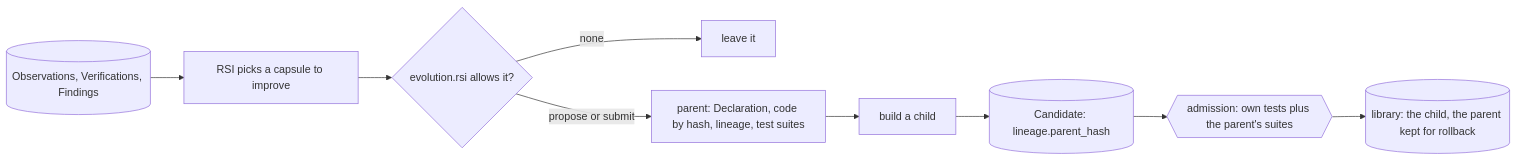
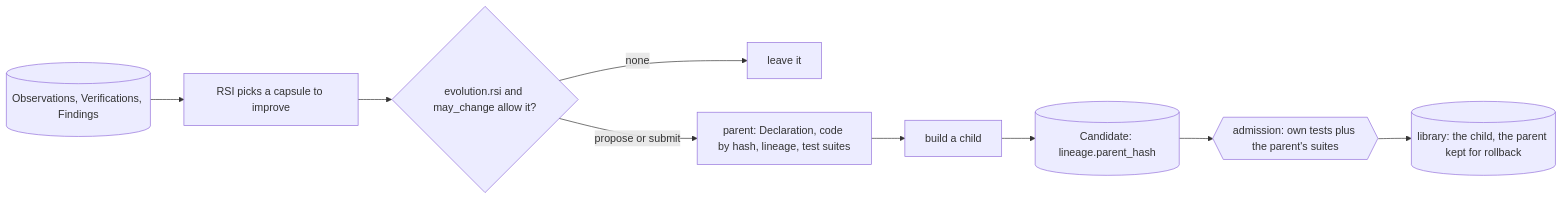
The first of 2 diagrams in docs/architecture/capsule/rsi.md (Stellven/jiuwenswarm), drawn with Mermaid before and after one commit. The commit also changed other lines of this file and 21 other files, not shown here.

First line of the commit message:
Add generalist and compile_intent examples, mark schema status explicitly

````diff
--- a/docs/architecture/capsule/rsi.md
+++ b/docs/architecture/capsule/rsi.md
@@ -27,12 +27,12 @@
 ```mermaid
 flowchart LR
     OBS[("Observations, Verifications, Findings")] --> PICK["RSI picks a capsule to improve"]
-    PERM{"evolution.rsi allows it?"}
+    PERM{"evolution.rsi and may_change allow it?"}
     PICK --> PERM
     PERM -->|"none"| STOP["leave it"]
     PERM -->|"propose or submit"| PAR["parent: Declaration, code by hash, lineage, test suites"]
     PAR --> BLD["build a child"]
     BLD --> CAND[("Candidate: lineage.parent_hash")]
     CAND --> ADM{{"admission: own tests plus the parent's suites"}}
     ADM --> LIB[("library: the child, the parent kept for rollback")]
 ```
````
